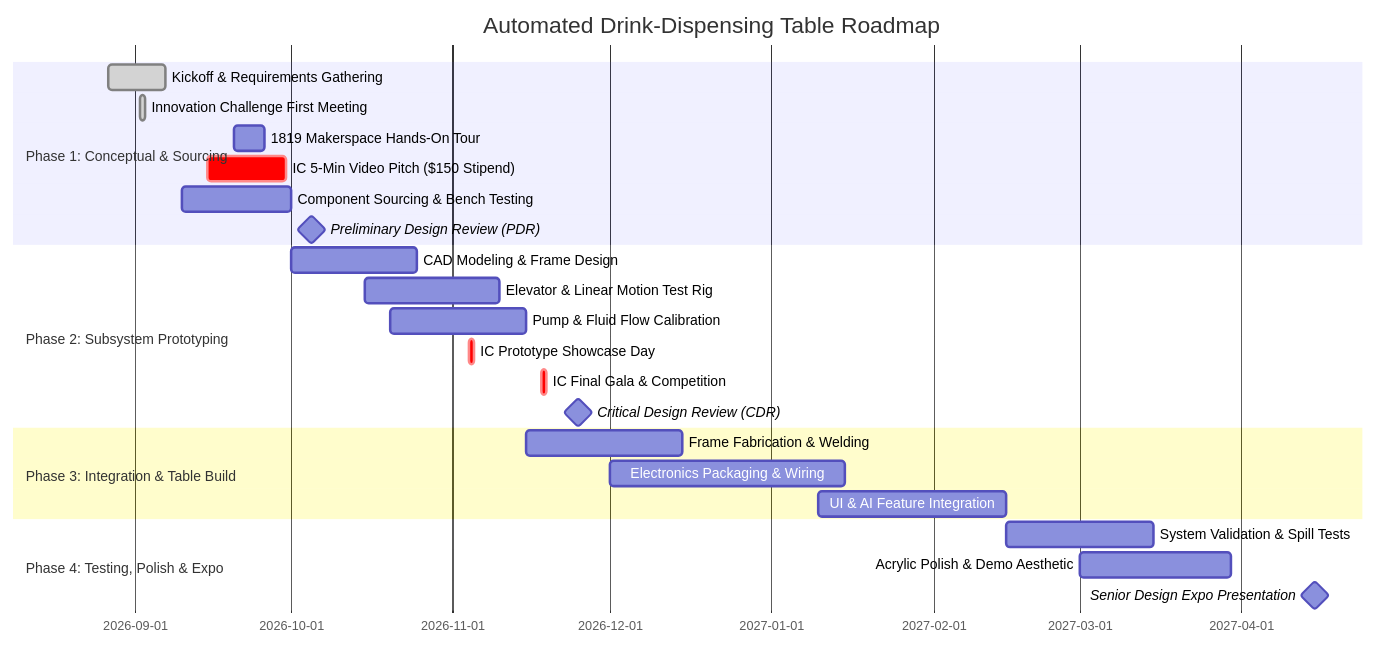
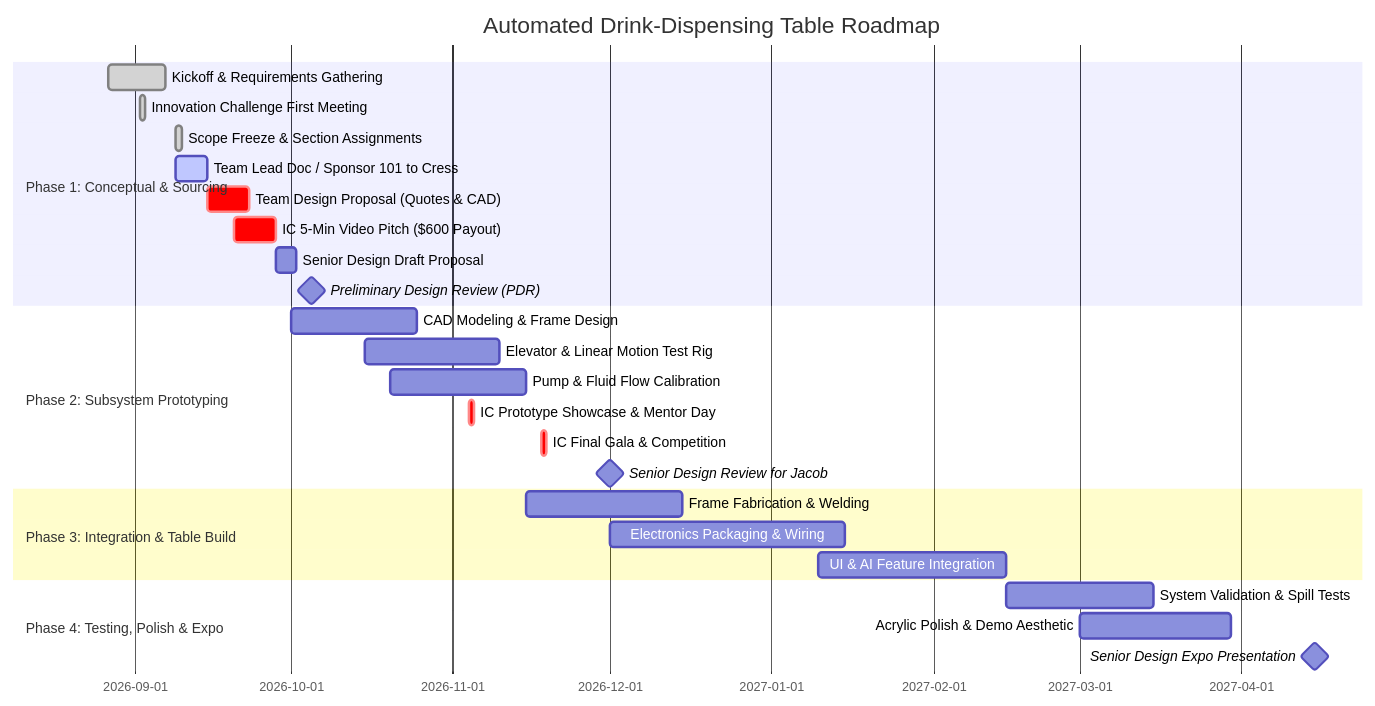
One commit to Rohendhar/avengers-jarvis changed the diagram in Timeline/milestones.md. Above: the diagram before and after it, drawn with Mermaid. The commit also changed other lines of this file, not shown here.

````diff
--- a/Timeline/milestones.md
+++ b/Timeline/milestones.md
@@ -14,30 +14,32 @@
 ```mermaid
 gantt
     title Automated Drink-Dispensing Table Roadmap
     dateFormat  YYYY-MM-DD
     section Phase 1: Conceptual & Sourcing
     Kickoff & Requirements Gathering       :done,    des1, 2026-08-27, 2026-09-07
     Innovation Challenge First Meeting    :done,    ic1,  2026-09-02, 1d
-    1819 Makerspace Hands-On Tour         :         ic_tour, 2026-09-20, 2026-09-26
-    IC 5-Min Video Pitch ($150 Stipend)   :crit,    ic_vid, 2026-09-15, 2026-09-30
-    Component Sourcing & Bench Testing    :         des3, 2026-09-10, 2026-10-01
+    Scope Freeze & Section Assignments    :done,    des2, 2026-09-09, 1d
+    Team Lead Doc / Sponsor 101 to Cress  :active,  cress1, 2026-09-09, 2026-09-15
+    Team Design Proposal (Quotes & CAD)   :crit,    des_prop, 2026-09-15, 2026-09-23
+    IC 5-Min Video Pitch ($600 Payout)    :crit,    ic_vid, 2026-09-20, 2026-09-28
+    Senior Design Draft Proposal          :         draft_prop, 2026-09-28, 2026-10-02
     Preliminary Design Review (PDR)       :milestone, m1, 2026-10-05, 0d
 
     section Phase 2: Subsystem Prototyping
     CAD Modeling & Frame Design           :         sub1, 2026-10-01, 2026-10-25
     Elevator & Linear Motion Test Rig     :         sub2, 2026-10-15, 2026-11-10
     Pump & Fluid Flow Calibration         :         sub3, 2026-10-20, 2026-11-15
-    IC Prototype Showcase Day             :crit,    ic_proto, 2026-11-04, 1d
+    IC Prototype Showcase & Mentor Day    :crit,    ic_proto, 2026-11-04, 1d
     IC Final Gala & Competition           :crit,    ic_final, 2026-11-18, 1d
-    Critical Design Review (CDR)          :milestone, m2, 2026-11-25, 0d
+    Senior Design Review for Jacob        :milestone, m2, 2026-12-01, 0d
 
     section Phase 3: Integration & Table Build
     Frame Fabrication & Welding           :         int1, 2026-11-15, 2026-12-15
     Electronics Packaging & Wiring        :         int2, 2026-12-01, 2027-01-15
     UI & AI Feature Integration           :         int3, 2027-01-10, 2027-02-15
 
     section Phase 4: Testing, Polish & Expo
     System Validation & Spill Tests       :         tst1, 2027-02-15, 2027-03-15
     Acrylic Polish & Demo Aesthetic       :         tst2, 2027-03-01, 2027-03-30
     Senior Design Expo Presentation       :milestone, m3, 2027-04-15, 0d
 ```
````
